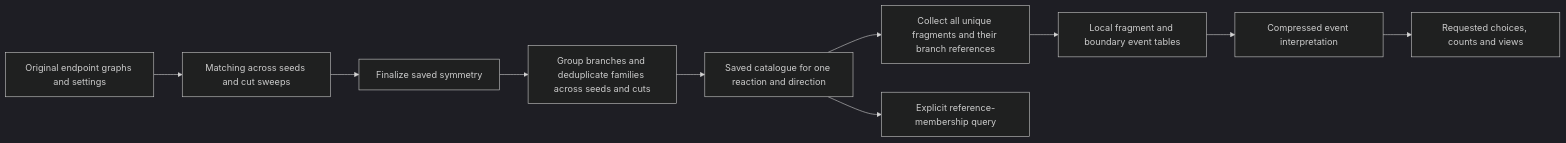
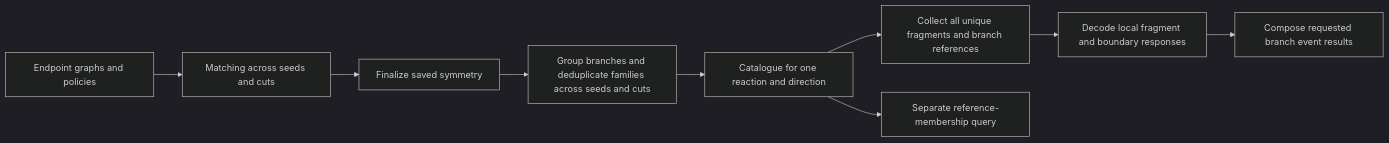
Before and after one commit to yunhzou/MAPPA-AAM: the first of 4 diagrams in design.md, drawn with Mermaid (dark theme). The commit also changed other lines of this file and 63 other files, not shown here.

First line of the commit message:
Complete direct compressed fragment matching and remove legacy growth

````diff
--- a/design.md
+++ b/design.md
@@ -10,12 +11,11 @@
 ```mermaid
 flowchart LR
-    Input[Original endpoint graphs and settings] --> Matching[Matching across seeds and cut sweeps]
+    Input[Endpoint graphs and policies] --> Matching[Matching across seeds and cuts]
     Matching --> Finalize[Finalize saved symmetry]
-    Finalize --> Dedup[Group branches and deduplicate families across seeds and cuts]
-    Dedup --> Catalogue[Saved catalogue for one reaction and direction]
-    Catalogue --> Inventory[Collect all unique fragments and their branch references]
-    Inventory --> Local[Local fragment and boundary event tables]
-    Local --> Decode[Compressed event interpretation]
-    Catalogue --> Verify[Explicit reference-membership query]
-    Decode --> Inspect[Requested choices, counts and views]
+    Finalize --> Reduce[Group branches and deduplicate families across seeds and cuts]
+    Reduce --> Catalogue[Catalogue for one reaction and direction]
+    Catalogue --> Inventory[Collect all unique fragments and branch references]
+    Inventory --> Local[Decode local fragment and boundary responses]
+    Local --> Compose[Compose requested branch event results]
+    Catalogue --> Verify[Separate reference-membership query]
 ```
````
